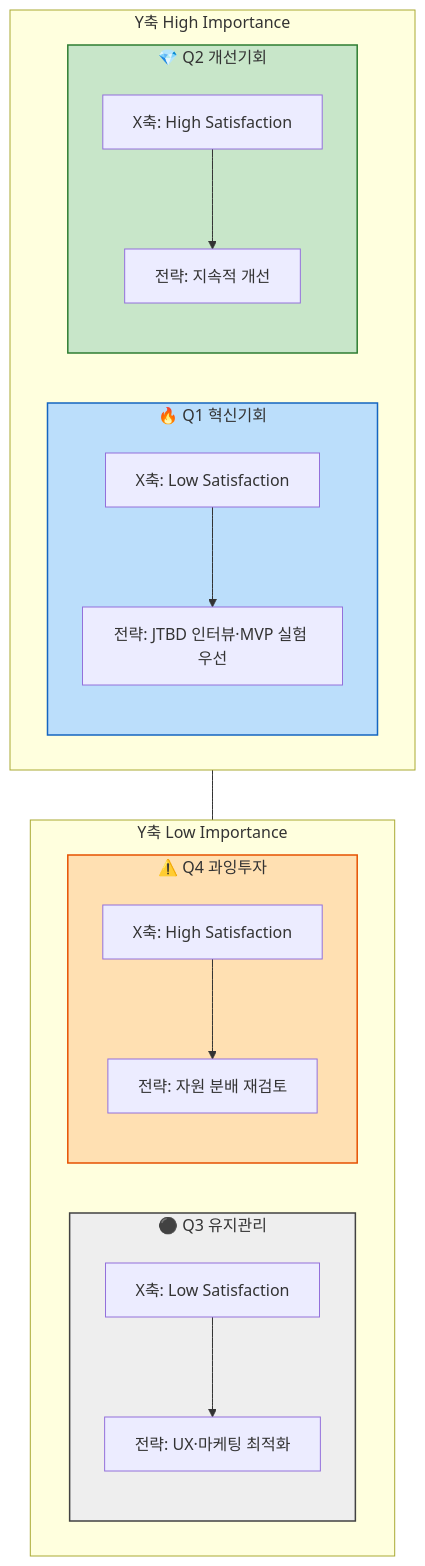
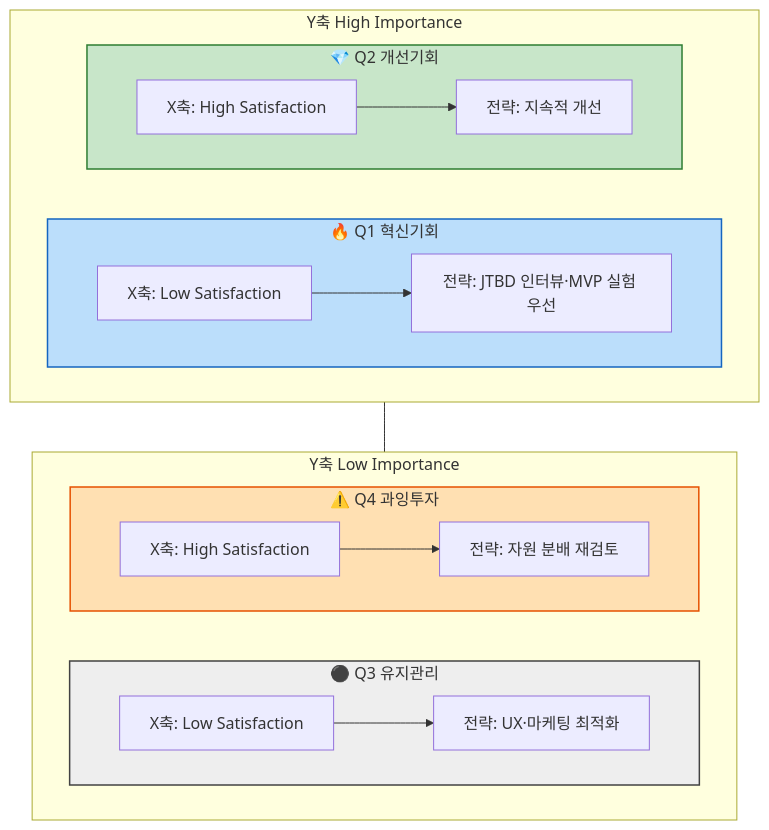
The diagram in 06_시장기회분석/00_방법론.md (jennie-brain/business-analysis-frameworks), drawn with Mermaid before and after one commit. The commit also changed other lines of this file and 1 other file, not shown here.

Commit message:
06챕터 Pain 리스트 3건 선정·Goal 컬럼 추가, AOS 매트릭스 카드 레이아웃 수정
05챕터 4개 페르소나 중 김민준·정민재·강태민의 결정적 Pain 3건을 선정하고
페르소나별 Goal(업무목표)·Pain Point별 Goal(해당 Pain 해결 시 목표)을
컬럼으로 분리해 추론, 선정·추론 근거를 해설문단으로 정리(01문서 신규).
AOS 사분면 매트릭스는 카드 내부 방향을 TB에서 LR로 바꿔 High/Low
Importance 박스가 가로로 넓게 보이도록 수정.

````diff
--- a/06_시장기회분석/00_방법론.md
+++ b/06_시장기회분석/00_방법론.md
@@ -47,39 +47,39 @@
 ```mermaid
 flowchart TD
     subgraph Top["Y축 High Importance"]
     direction LR
         subgraph Q1G["🔥 Q1 혁신기회"]
-        direction TB
+        direction LR
         Q1A["X축: Low Satisfaction"]
         Q1B["전략: JTBD 인터뷰·MVP 실험 우선"]
         Q1A --> Q1B
         end
         subgraph Q2G["💎 Q2 개선기회"]
-        direction TB
+        direction LR
         Q2A["X축: High Satisfaction"]
         Q2B["전략: 지속적 개선"]
         Q2A --> Q2B
         end
     end
     subgraph Bottom["Y축 Low Importance"]
     direction LR
         subgraph Q3G["⚫ Q3 유지관리"]
-        direction TB
+        direction LR
         Q3A["X축: Low Satisfaction"]
         Q3B["전략: UX·마케팅 최적화"]
         Q3A --> Q3B
         end
         subgraph Q4G["⚠️ Q4 과잉투자"]
-        direction TB
+        direction LR
         Q4A["X축: High Satisfaction"]
         Q4B["전략: 자원 분배 재검토"]
         Q4A --> Q4B
         end
     end
     Top --- Bottom
 
     style Q1G fill:#BBDEFB,stroke:#1565C0,stroke-width:1.5px
     style Q2G fill:#C8E6C9,stroke:#2E7D32,stroke-width:1.5px
     style Q3G fill:#EEEEEE,stroke:#424242,stroke-width:1.5px
     style Q4G fill:#FFE0B2,stroke:#E65100,stroke-width:1.5px
 ```
````
